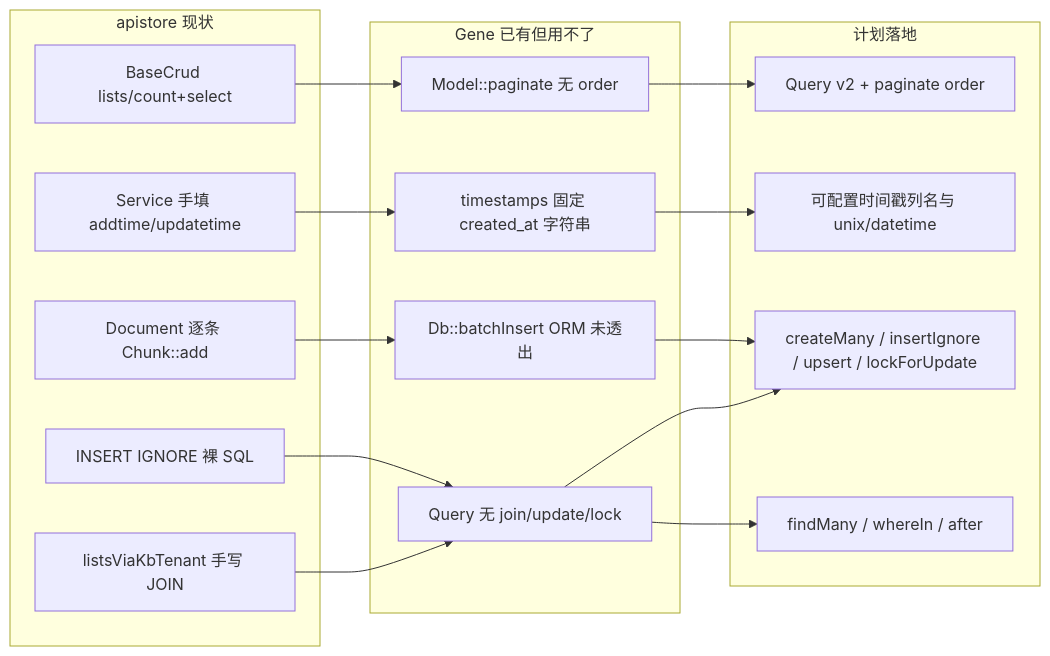
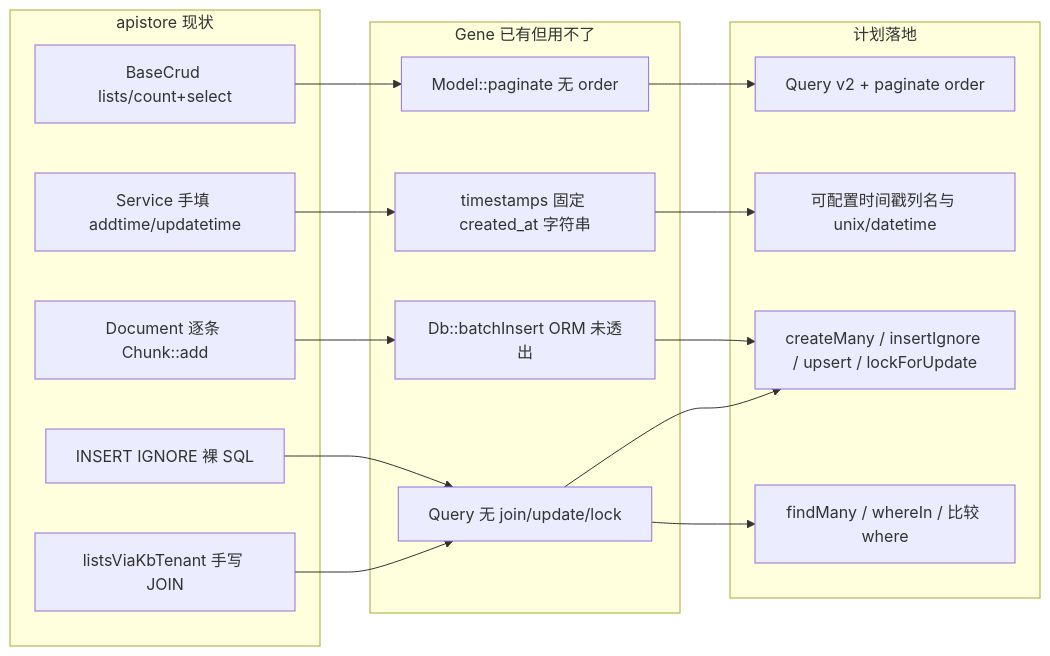
The diagram in plan/apistore-usage-driven.md (sasou/gene), drawn with Mermaid before and after one commit. The commit also changed other lines of this file, not shown here.

````diff
--- a/plan/apistore-usage-driven.md
+++ b/plan/apistore-usage-driven.md
@@ -54,32 +56,32 @@
 ```mermaid
 flowchart LR
   subgraph apistore [apistore 现状]
     BaseCrud["BaseCrud lists/count+select"]
     Timestamps["Service 手填 addtime/updatetime"]
     Batch["Document 逐条 Chunk::add"]
     Ignore["INSERT IGNORE 裸 SQL"]
     Join["listsViaKbTenant 手写 JOIN"]
   end
   subgraph geneNow [Gene 已有但用不了]
     Paginate["Model::paginate 无 order"]
     Ts["timestamps 固定 created_at 字符串"]
     Bi["Db::batchInsert ORM 未透出"]
     Q["Query 无 join/update/lock"]
   end
   subgraph geneNext [计划落地]
     Q2["Query v2 + paginate order"]
     Ts2["可配置时间戳列名与 unix/datetime"]
     Write["createMany / insertIgnore / upsert / lockForUpdate"]
-    Find["findMany / whereIn / after"]
+    Find["findMany / whereIn / 比较 where"]
   end
   BaseCrud --> Paginate
   Timestamps --> Ts
   Batch --> Bi
   Ignore --> Q
   Join --> Q
   Paginate --> Q2
   Ts --> Ts2
   Bi --> Write
   Q --> Write
   Q --> Find
 ```
````
